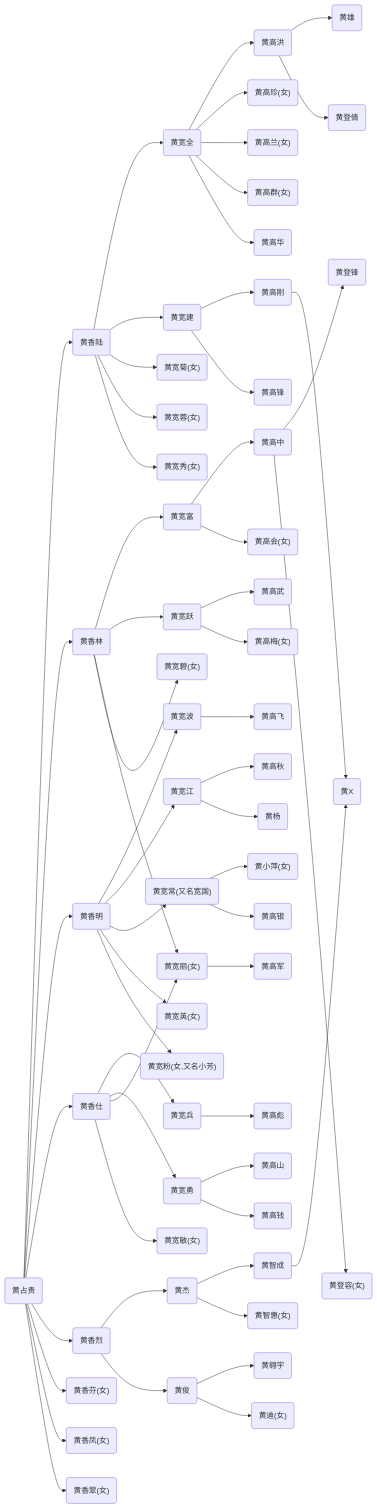
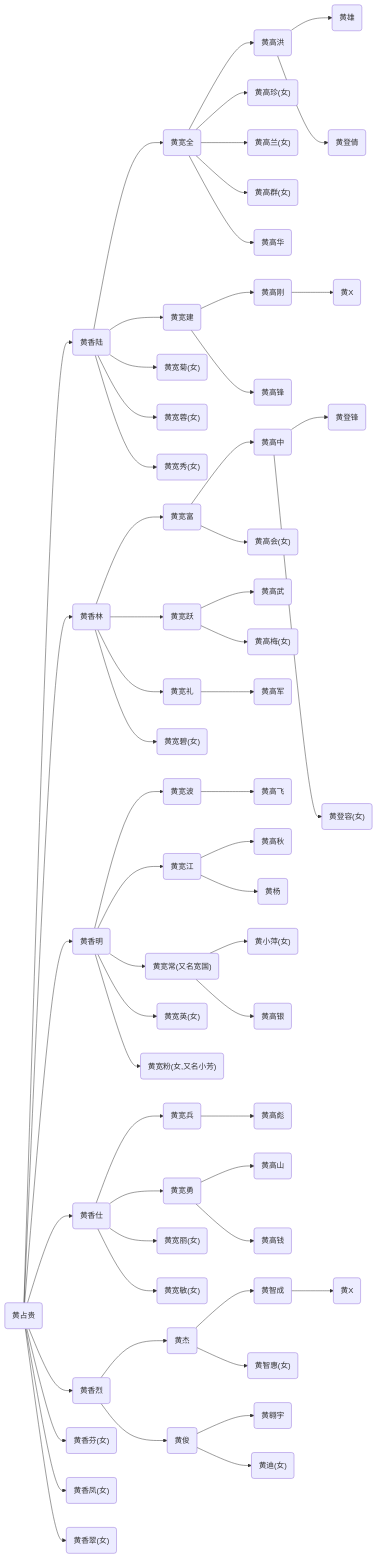
One commit to jeanim/jiapu changed the fourth of 5 diagrams in contents/chapter3.md. Above: the diagram before and after it, drawn with Mermaid. The commit also changed other lines of this file, not shown here.

```diff
--- a/contents/chapter3.md
+++ b/contents/chapter3.md
@@ -177,61 +177,61 @@
 {% mermaid %}
 graph LR;
   huangzhanchun("黄占贵")-->huangxianglu("黄香陆");
   huangxianglu("黄香陆")-->huangkuanquan("黄宽全");
   huangkuanquan("黄宽全")-->huanggaohong("黄高洪");
   huanggaohong("黄高洪")-->huangxiong("黄雄");
   huanggaohong("黄高洪")-->huangdengqian("黄登倩");
   huangkuanquan("黄宽全")-->huanggaozhen("黄高珍(女)");
   huangkuanquan("黄宽全")-->huanggaolan("黄高兰(女)");
   huangkuanquan("黄宽全")-->huanggaoqun("黄高群(女)");
   huangkuanquan("黄宽全")-->huanggaohua("黄高华");
   huangxianglu("黄香陆")-->huangkuanjian("黄宽建");
   huangkuanjian("黄宽建")-->huanggaogang("黄高刚");
   huanggaogang("黄高刚")-->huangx("黄X");
   huangkuanjian("黄宽建")-->huanggaofeng("黄高锋");
   huangxianglu("黄香陆")-->huangkuanju("黄宽菊(女)");
   huangxianglu("黄香陆")-->huangkuanrong("黄宽蓉(女)");
   huangxianglu("黄香陆")-->huangkuanxiu("黄宽秀(女)");
   huangzhanchun("黄占贵")-->huangxianglin("黄香林");
   huangxianglin("黄香林")-->huangkuanfu("黄宽富");
   huangkuanfu("黄宽富")-->huanggaozhong("黄高中");
   huanggaozhong("黄高中")-->huangdengfeng("黄登锋");
   huanggaozhong("黄高中")-->huangdengrong("黄登容(女)");
   huangkuanfu("黄宽富")-->huanggaohui("黄高会(女)");
   huangxianglin("黄香林")-->huangkuanyue("黄宽跃");
   huangkuanyue("黄宽跃")-->huanggaowu("黄高武");
   huangkuanyue("黄宽跃")-->huanggaomei("黄高梅(女)");
   huangxianglin("黄香林")-->huangkuanli("黄宽礼");
   huangkuanli("黄宽礼")-->huanggaojun("黄高军");
   huangxianglin("黄香林")-->huangkuanbi("黄宽碧(女)");
   huangzhanchun("黄占贵")-->huangxiangming("黄香明");
   huangxiangming("黄香明")-->huangkuanbo("黄宽波");
   huangkuanbo("黄宽波")-->huanggaofei("黄高飞");
   huangxiangming("黄香明")-->huangkuanjiang("黄宽江");
   huangkuanjiang("黄宽江")-->huanggaoqiu("黄高秋");
   huangkuanjiang("黄宽江")-->huangyang("黄杨");
   huangxiangming("黄香明")-->huangkuanchang("黄宽常(又名宽国)");
   huangkuanchang("黄宽常(又名宽国)")-->huangxiaoping("黄小萍(女)");
   huangkuanchang("黄宽常(又名宽国)")-->huanggaoyin("黄高银");
   huangxiangming("黄香明")-->huangkuanying("黄宽英(女)");
   huangxiangming("黄香明")-->huangkuanfen("黄宽粉(女,又名小芳)");
   huangzhanchun("黄占贵")-->huangxiangshi("黄香仕");
   huangxiangshi("黄香仕")-->huangkuanbing("黄宽兵");
   huangkuanbing("黄宽兵")-->huanggaobiao("黄高彪");
   huangxiangshi("黄香仕")-->huangkuanyong("黄宽勇");
   huangkuanyong("黄宽勇")-->huanggaoshan("黄高山");
   huangkuanyong("黄宽勇")-->huanggaoqian("黄高钱");
-  huangxiangshi("黄香仕")-->huangkuanli("黄宽丽(女)");
+  huangxiangshi("黄香仕")-->huangkuanli2("黄宽丽(女)");
   huangxiangshi("黄香仕")-->huangkuanmin("黄宽敏(女)");
   huangzhanchun("黄占贵")-->huangxianglie("黄香烈");
   huangxianglie("黄香烈")-->huangjie("黄杰");
   huangjie("黄杰")-->huangzhicheng("黄智成");
-  huangzhicheng("黄智成")-->huangx("黄X");
+  huangzhicheng("黄智成")-->huangx2("黄X");
   huangjie("黄杰")-->huangzhihui("黄智惠(女)");
   huangxianglie("黄香烈")-->huangjun("黄俊");
   huangjun("黄俊")-->huangaoyu("黄翱宇");
   huangjun("黄俊")-->huangdi("黄迪(女)");
   huangzhanchun("黄占贵")-->huangxiangfen("黄香芬(女)");
   huangzhanchun("黄占贵")-->huangxiangfeng("黄香凤(女)");
   huangzhanchun("黄占贵")-->huangxiangchui("黄香翠(女)");
 {% endmermaid %}
```
